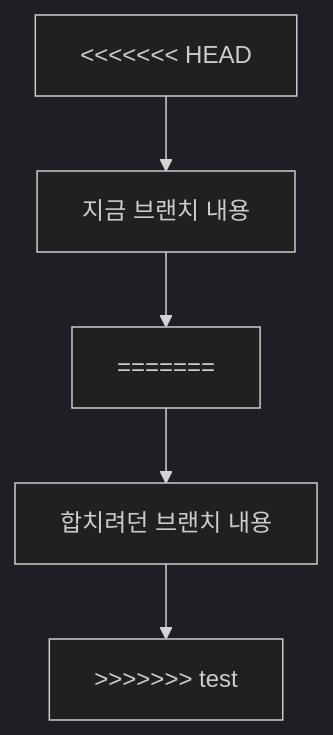
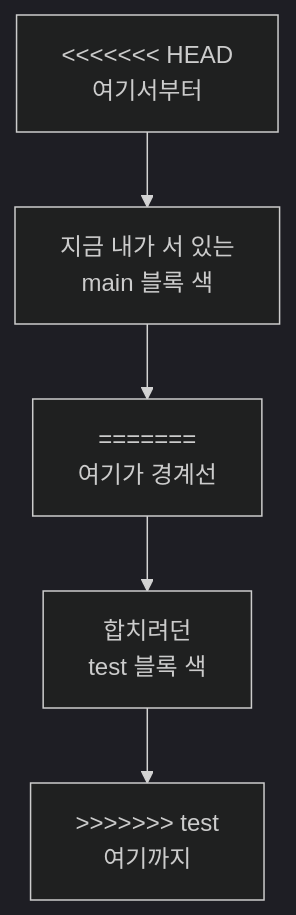
One commit to skinopero/my-blog changed the second of 4 diagrams in _posts/2026-08-31-merge-충돌.md. Above: the diagram before and after it, drawn with Mermaid (dark theme). The commit also changed other lines of this file and 2 other files, not shown here.

````diff
--- a/_posts/2026-08-31-merge-충돌.md
+++ b/_posts/2026-08-31-merge-충돌.md
@@ -75,7 +74,7 @@
 ```mermaid
 flowchart TD
-    A["&lt;&lt;&lt;&lt;&lt;&lt;&lt; HEAD"] --> B[지금 브랜치 내용]
-    B --> C["======="]
-    C --> D[합치려던 브랜치 내용]
-    D --> E["&gt;&gt;&gt;&gt;&gt;&gt;&gt; test"]
+    A["&lt;&lt;&lt;&lt;&lt;&lt;&lt; HEAD<br/>여기서부터"] --> B["지금 내가 서 있는<br/>main 블록 색"]
+    B --> C["=======<br/>여기가 경계선"]
+    C --> D["합치려던<br/>test 블록 색"]
+    D --> E["&gt;&gt;&gt;&gt;&gt;&gt;&gt; test<br/>여기까지"]
 ```
````
